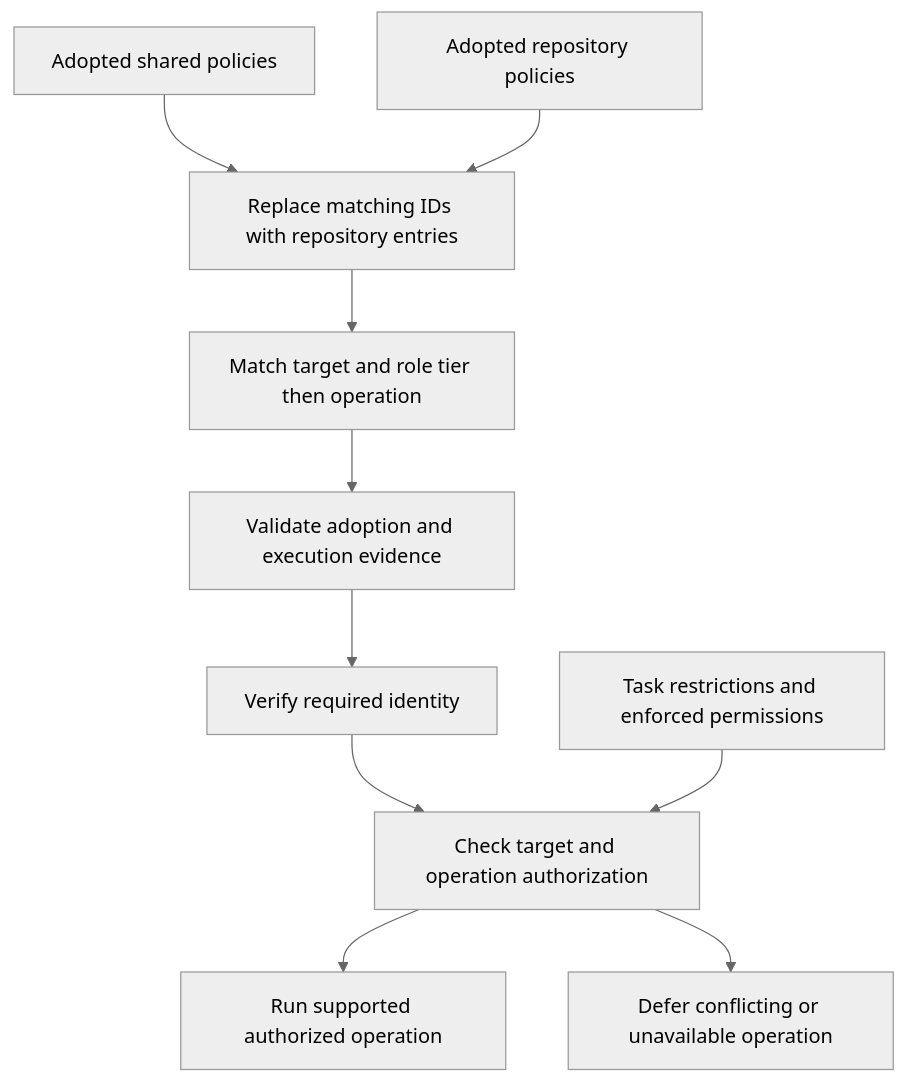
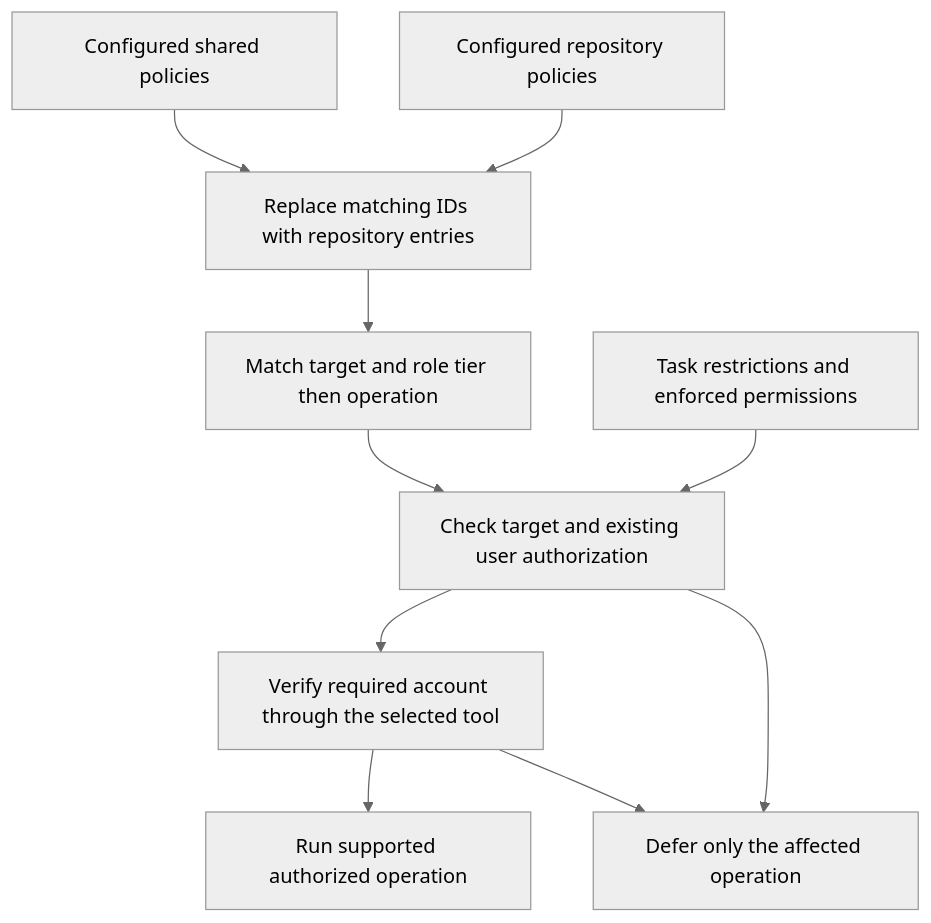
One commit to monster-cookie/venworks-agentkit changed the diagram in skills/agent-router/references/tooling-and-credentials.md. Above: the diagram before and after it, drawn with Mermaid (neutral theme). The commit also changed other lines of this file and 23 other files, not shown here.

````diff
--- a/skills/agent-router/references/tooling-and-credentials.md
+++ b/skills/agent-router/references/tooling-and-credentials.md
@@ -34,12 +34,12 @@
 ```mermaid
 flowchart TD
-    Shared[Adopted shared policies] --> Resolve[Replace matching IDs with repository entries]
-    Repo[Adopted repository policies] --> Resolve
+    Shared[Configured shared policies] --> Resolve[Replace matching IDs with repository entries]
+    Repo[Configured repository policies] --> Resolve
     Resolve --> Select[Match target and role tier then operation]
-    Select --> Trust[Validate adoption and execution evidence]
-    Trust --> Identity[Verify required identity]
-    Identity --> Scope[Check target and operation authorization]
+    Select --> Scope[Check target and existing user authorization]
     Task[Task restrictions and enforced permissions] --> Scope
-    Scope --> Execute[Run supported authorized operation]
-    Scope --> Block[Defer conflicting or unavailable operation]
+    Scope --> Identity[Verify required account through the selected tool]
+    Identity --> Execute[Run supported authorized operation]
+    Scope --> Block[Defer only the affected operation]
+    Identity --> Block
 ```
````
